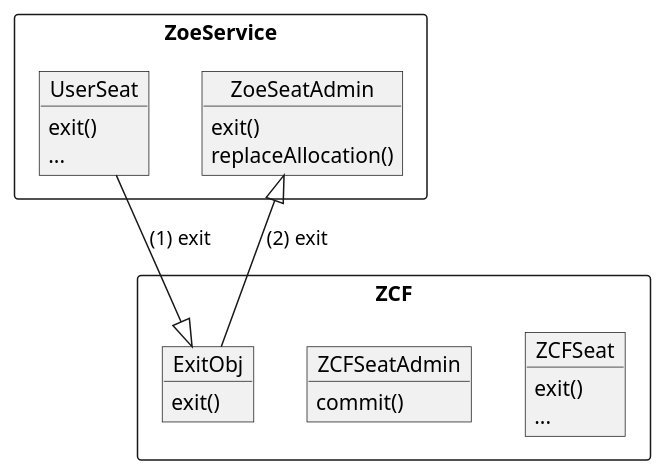
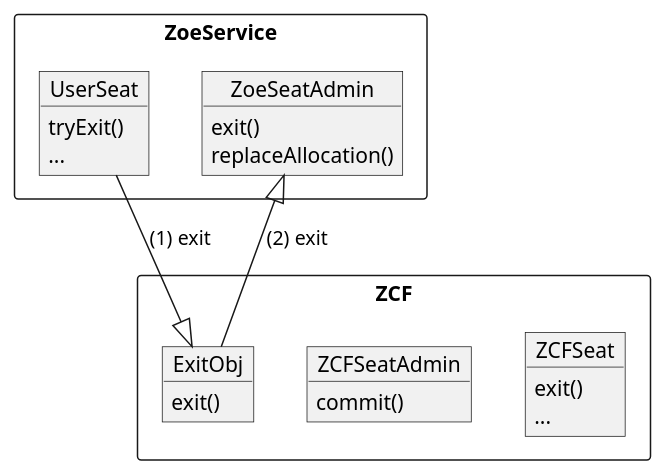
One commit to Agoric/agoric-sdk changed the diagram in packages/zoe/docs/user-seat-exit-flow.puml. Above: the diagram before and after it, drawn with PlantUML. The commit also changed 11 other files, not shown here.

Commit message:
chore: rename userSeat.exit() to tryExit()

```diff
--- a/packages/zoe/docs/user-seat-exit-flow.puml
+++ b/packages/zoe/docs/user-seat-exit-flow.puml
@@ -1,27 +1,27 @@
-@startuml UserSeat.exit() flow
+@startuml UserSeat.tryExit() flow
 
 package ZoeService <<Rectangle>> {
   object UserSeat
-  UserSeat : exit()
+  UserSeat : tryExit()
   UserSeat : ...
 
   object ZoeSeatAdmin
   ZoeSeatAdmin : exit()
   ZoeSeatAdmin : replaceAllocation()
 }
 
 package ZCF <<Rectangle>> {
   object ZCFSeat
   ZCFSeat : exit()
   ZCFSeat : ...
 
   object ZCFSeatAdmin
   ZCFSeatAdmin : commit()
 
   object ExitObj
   ExitObj : exit()
 }
 
 UserSeat --|> ExitObj : (1) exit
 ExitObj --|> ZoeSeatAdmin: (2) exit
 @enduml
```
